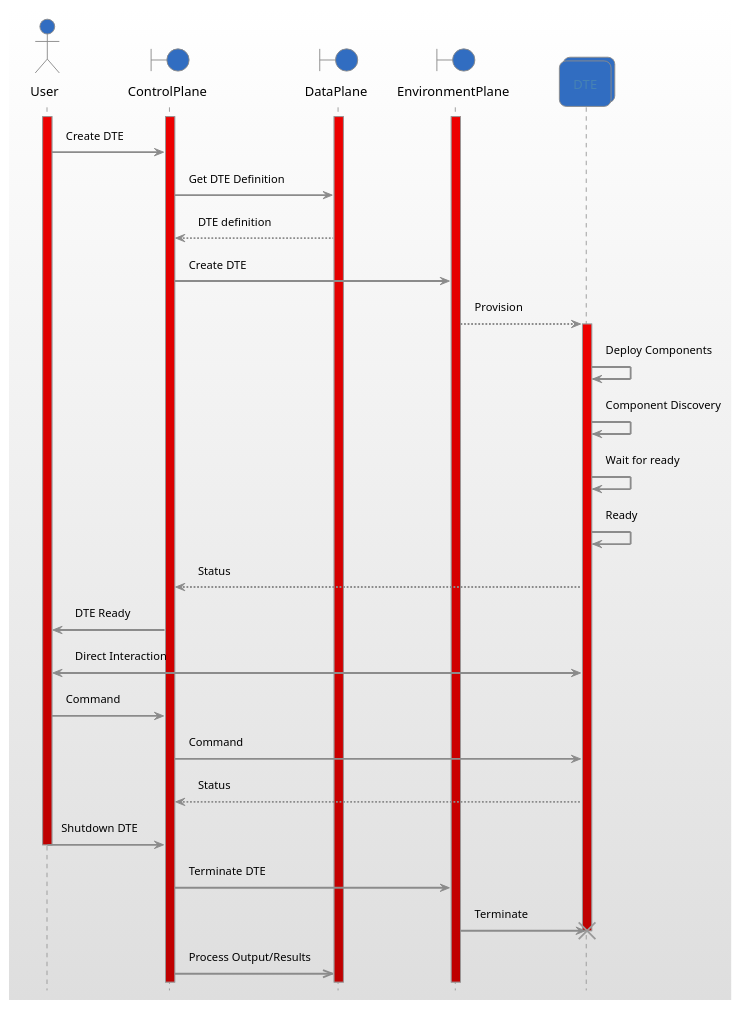
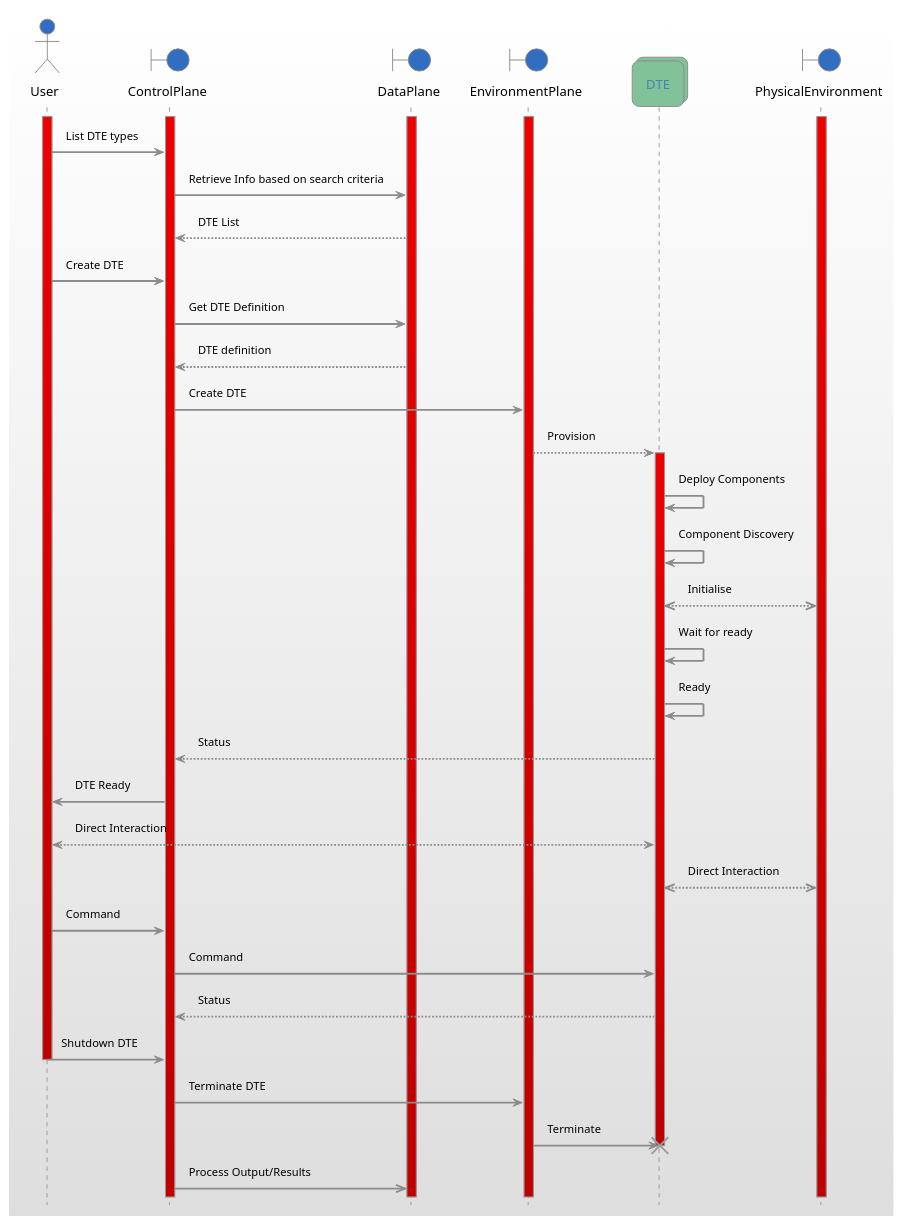
One commit to noelo/DTE changed the diagram in dte-sequence.wsd. Above: the diagram before and after it, drawn with PlantUML.

Commit message:
Added physical env interaction

```diff
--- a/dte-sequence.wsd
+++ b/dte-sequence.wsd
@@ -1,75 +1,81 @@
 @startuml
 !theme metal
 skinparam BackgroundColor #FFFFFF-#DEDEDE
-
-skinparam boundary box color green
 
 skinparam arrow {
 	Thickness 2
 	Color #8B8B8B
 	FontColor black
     FontSize  14
 }
 skinparam defaultFontName       "Sans"
 skinparam defaultFontSize  12
 skinparam actor {
     BorderColor #8B8B8B
 	BackgroundColor #316DC1
     FontColor black
     FontSize  14
 }
 
 skinparam collections {
     BorderColor #8B8B8B
-	BackgroundColor #316DC1
-    TitleFontColor black
+    BackGroundColor #82C299
+    TitleFontColor white
     FontSize  14
+    text red
 }
 
 skinparam boundary {
     BorderColor #8B8B8B
 	BackgroundColor #316DC1
     FontColor black
-    FontSize  14
-    
+    FontSize  14    
 }
 
 skinparam sequence {
     LifeLineBackgroundColor #EE0000-#BE0000
 }
 
 hide footbox
 actor User 
 boundary ControlPlane
 boundary DataPlane
 boundary EnvironmentPlane
 collections DTE
+boundary PhysicalEnvironment
+
 activate ControlPlane
 activate DataPlane
 activate EnvironmentPlane
 activate User
+activate PhysicalEnvironment
 
+User->ControlPlane : List DTE types
+ControlPlane-> DataPlane : Retrieve Info based on search criteria
+return DTE List
 User->ControlPlane : Create DTE
 ControlPlane->DataPlane : Get DTE Definition
 return DTE definition
 ControlPlane->EnvironmentPlane : Create DTE
 EnvironmentPlane-->DTE : Provision
 activate DTE
 DTE->DTE : Deploy Components
 DTE->DTE : Component Discovery
+DTE<<-->>PhysicalEnvironment : Initialise
 DTE->DTE : Wait for ready
 DTE->DTE : Ready
 DTE-->ControlPlane : Status
 ControlPlane->User : DTE Ready
-User <-> DTE : Direct Interaction
+User <--> DTE : Direct Interaction
+DTE <<-->>  PhysicalEnvironment : Direct Interaction
 User -> ControlPlane : Command
 ControlPlane->DTE : Command
 DTE-->ControlPlane : Status
 User->ControlPlane : Shutdown DTE
 deactivate User
 ControlPlane->EnvironmentPlane : Terminate DTE
 EnvironmentPlane->DTE : Terminate
 destroy DTE
 ControlPlane->>DataPlane : Process Output/Results
 
 @enduml
```
